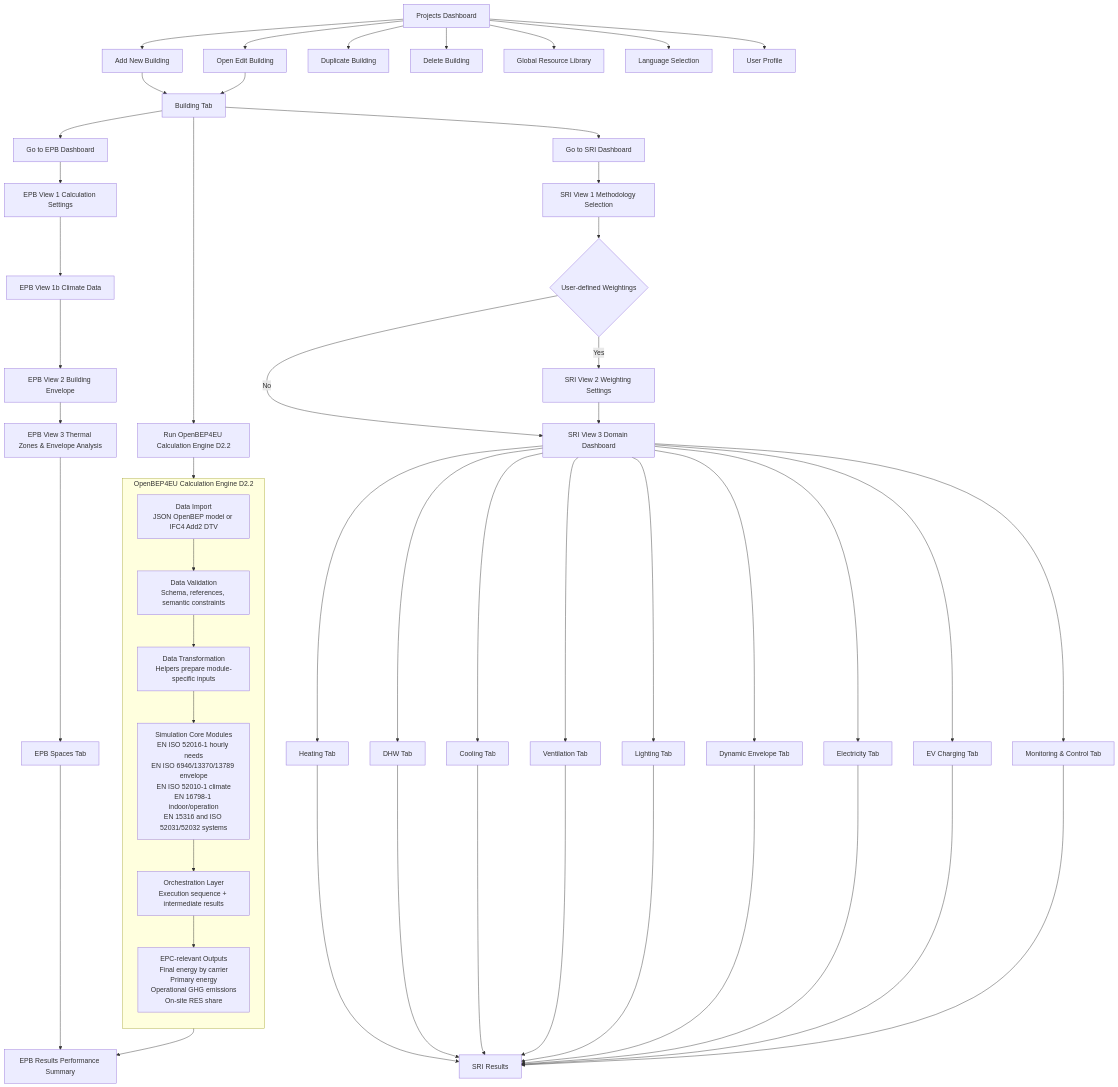
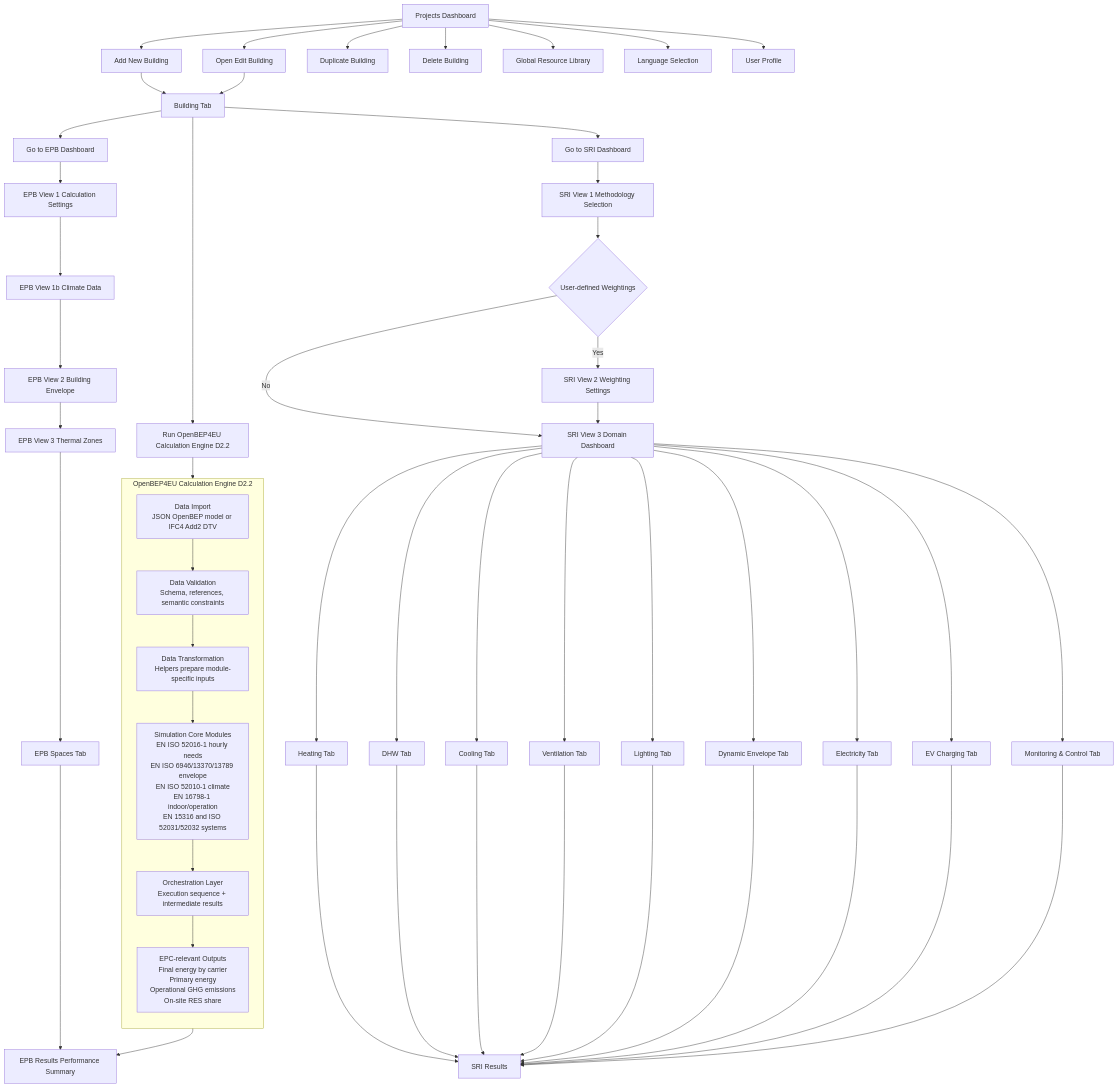
The diagram in input.mmd (pantazis/-building-performance-app), drawn with Mermaid before and after one commit. The commit also changed 12 other files, not shown here.

```diff
--- a/input.mmd
+++ b/input.mmd
@@ -1,64 +1,64 @@
 flowchart TD
 
 A[Projects Dashboard] --> B[Add New Building]
 A --> C[Open Edit Building]
 A --> D[Duplicate Building]
 A --> E[Delete Building]
 A --> F[Global Resource Library]
 A --> G[Language Selection]
 A --> H[User Profile]
 
 B --> I[Building Tab]
 C --> I
 
 I --> J[Go to EPB Dashboard]
 I --> K[Go to SRI Dashboard]
 
 J --> EPB1[EPB View 1 Calculation Settings]
 EPB1 --> EPB1B[EPB View 1b Climate Data]
 EPB1B --> EPB2[EPB View 2 Building Envelope]
-EPB2 --> EPB3[EPB View 3 Thermal Zones & Envelope Analysis]
+EPB2 --> EPB3[EPB View 3 Thermal Zones]
 EPB3 --> EPBSPACES[EPB Spaces Tab]
 EPBSPACES --> EPB4[EPB Results Performance Summary]
 
 K --> SRI1[SRI View 1 Methodology Selection]
 SRI1 --> SRI2{User-defined Weightings}
 SRI2 -->|Yes| SRI3[SRI View 2 Weighting Settings]
 SRI2 -->|No| SRI4[SRI View 3 Domain Dashboard]
 SRI3 --> SRI4
 
 SRI4 --> SRI5[Heating Tab]
 SRI4 --> SRI6[DHW Tab]
 SRI4 --> SRI7[Cooling Tab]
 SRI4 --> SRI8[Ventilation Tab]
 SRI4 --> SRI9[Lighting Tab]
 SRI4 --> SRI10[Dynamic Envelope Tab]
 SRI4 --> SRI11[Electricity Tab]
 SRI4 --> SRI12[EV Charging Tab]
 SRI4 --> SRI13[Monitoring & Control Tab]
 
 SRI5 --> SRI14[SRI Results]
 SRI6 --> SRI14[SRI Results]
 SRI7 --> SRI14[SRI Results]
 SRI8 --> SRI14[SRI Results]
 SRI9 --> SRI14[SRI Results]
 SRI10 --> SRI14[SRI Results]
 SRI11 --> SRI14[SRI Results]
 SRI12 --> SRI14[SRI Results]
 SRI13 --> SRI14[SRI Results]
 
 %% D2.2 Advanced EU Kernel EPC Engine integration
 I --> CE0[Run OpenBEP4EU Calculation Engine D2.2]
 
 subgraph CE[OpenBEP4EU Calculation Engine D2.2]
 direction TB
 CE1[Data Import\nJSON OpenBEP model or IFC4 Add2 DTV]
 CE2[Data Validation\nSchema, references, semantic constraints]
 CE3[Data Transformation\nHelpers prepare module-specific inputs]
 CE4[Simulation Core Modules\nEN ISO 52016-1 hourly needs\nEN ISO 6946/13370/13789 envelope\nEN ISO 52010-1 climate\nEN 16798-1 indoor/operation\nEN 15316 and ISO 52031/52032 systems]
 CE5[Orchestration Layer\nExecution sequence + intermediate results]
 CE6[EPC-relevant Outputs\nFinal energy by carrier\nPrimary energy\nOperational GHG emissions\nOn-site RES share]
 end
 
 CE0 --> CE1 --> CE2 --> CE3 --> CE4 --> CE5 --> CE6
 CE6 --> EPB4
```
